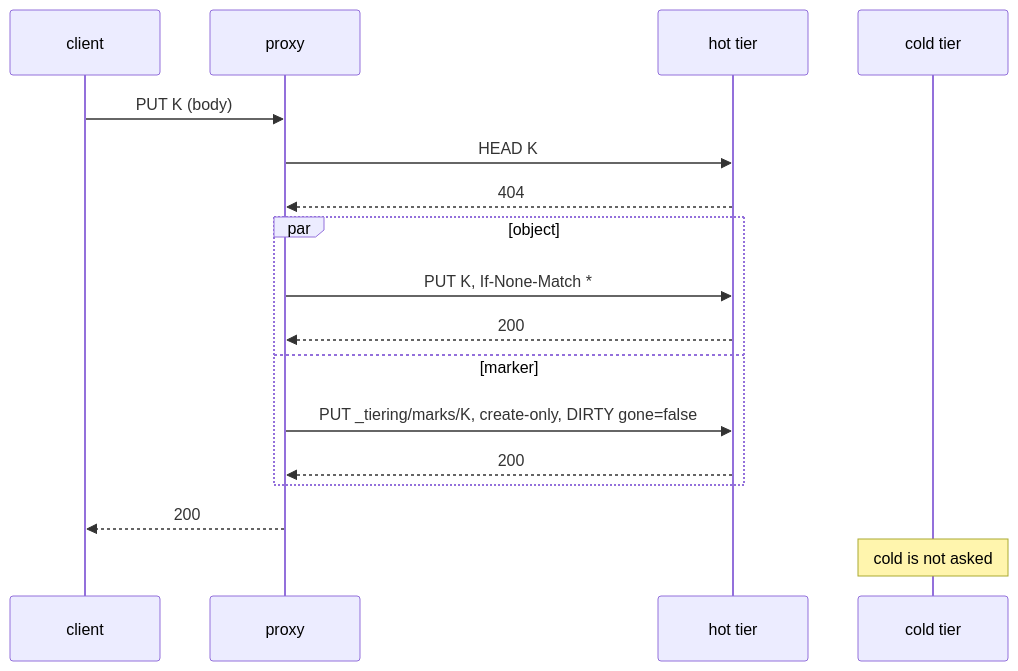
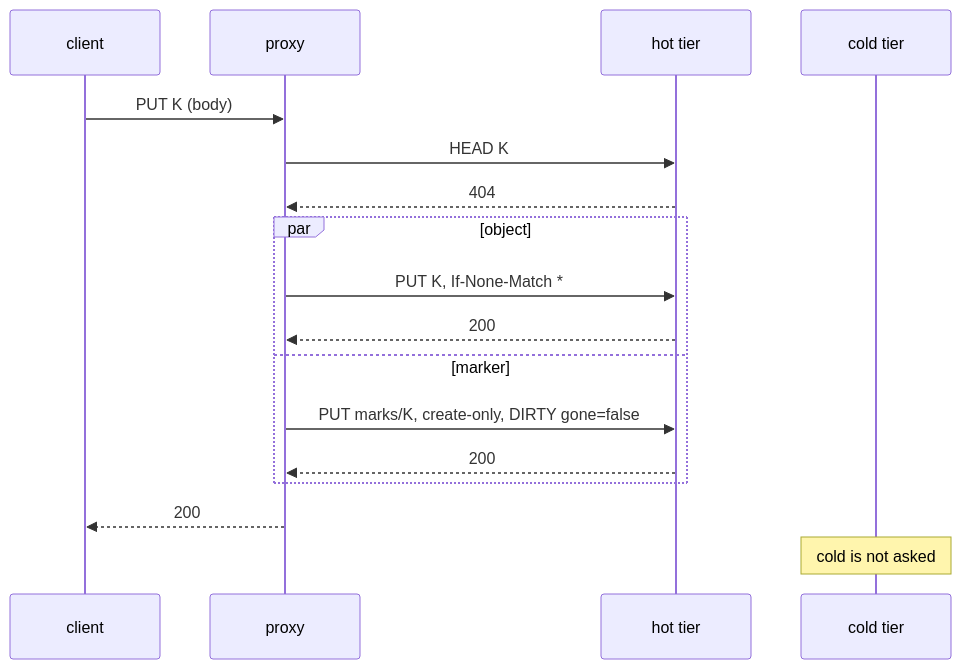
One commit to komira-ai/tierstore changed the first of 5 diagrams in docs/design/put-without-lock.md. Above: the diagram before and after it, drawn with Mermaid. The commit also changed other lines of this file, not shown here.

First line of the commit message:
Design: put without a lock, CEO decisions of 2026-11-06

````diff
--- a/docs/design/put-without-lock.md
+++ b/docs/design/put-without-lock.md
@@ -169,19 +177,19 @@
 ```mermaid
 sequenceDiagram
     participant C as client
     participant P as proxy
     participant H as hot tier
     participant K as cold tier
     C->>P: PUT K (body)
     P->>H: HEAD K
     H-->>P: 404
     par object
         P->>H: PUT K, If-None-Match *
         H-->>P: 200
     and marker
-        P->>H: PUT _tiering/marks/K, create-only, DIRTY gone=false
+        P->>H: PUT marks/K, create-only, DIRTY gone=false
         H-->>P: 200
     end
     P-->>C: 200
     Note over K: cold is not asked
 ```
````
